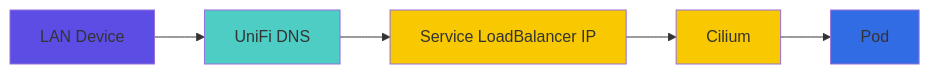
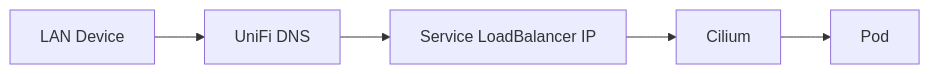
Before and after one commit to tscibilia/home-ops: the third of 3 diagrams in docs/kubernetes/networking.md, drawn with Mermaid. The commit also changed other lines of this file and 9 other files, not shown here.

````diff
--- a/docs/kubernetes/networking.md
+++ b/docs/kubernetes/networking.md
@@ -192,13 +179,7 @@
 ```mermaid
 graph LR
     A[LAN Device] --> B[UniFi DNS]
     B --> C[Service LoadBalancer IP]
     C --> D[Cilium]
     D --> E[Pod]
-
-    style A fill:#5c4ee5
-    style B fill:#4ecdc4
-    style C fill:#f8c800
-    style D fill:#f8c800
-    style E fill:#326ce5
 ```
````
